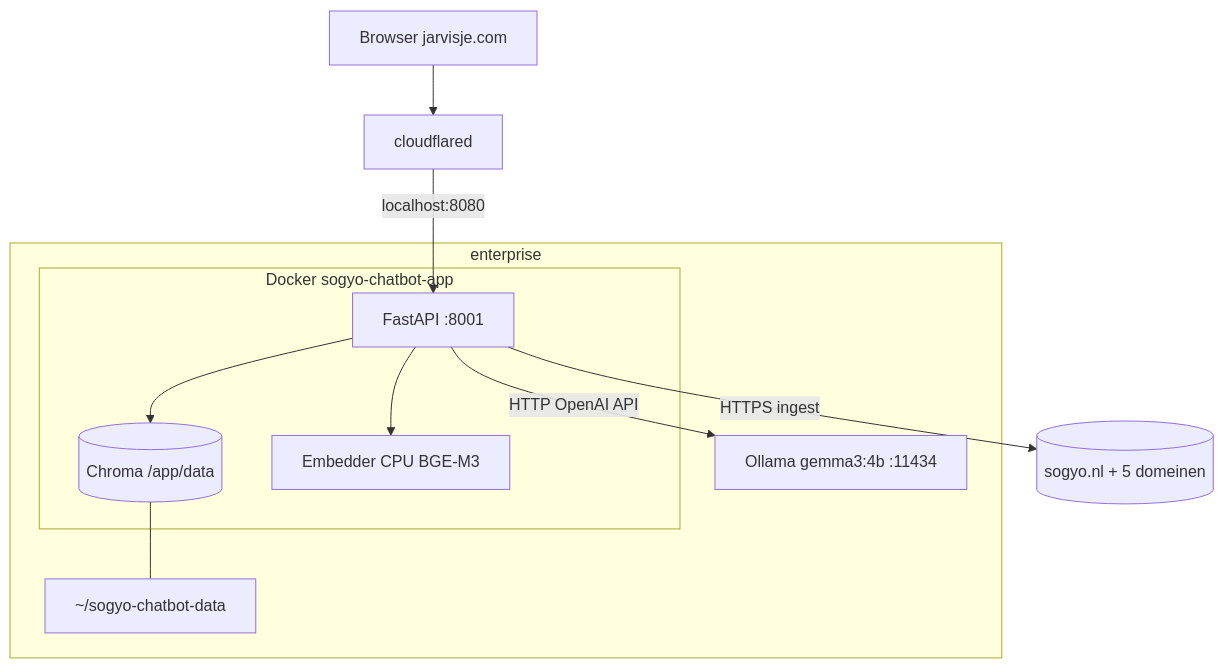
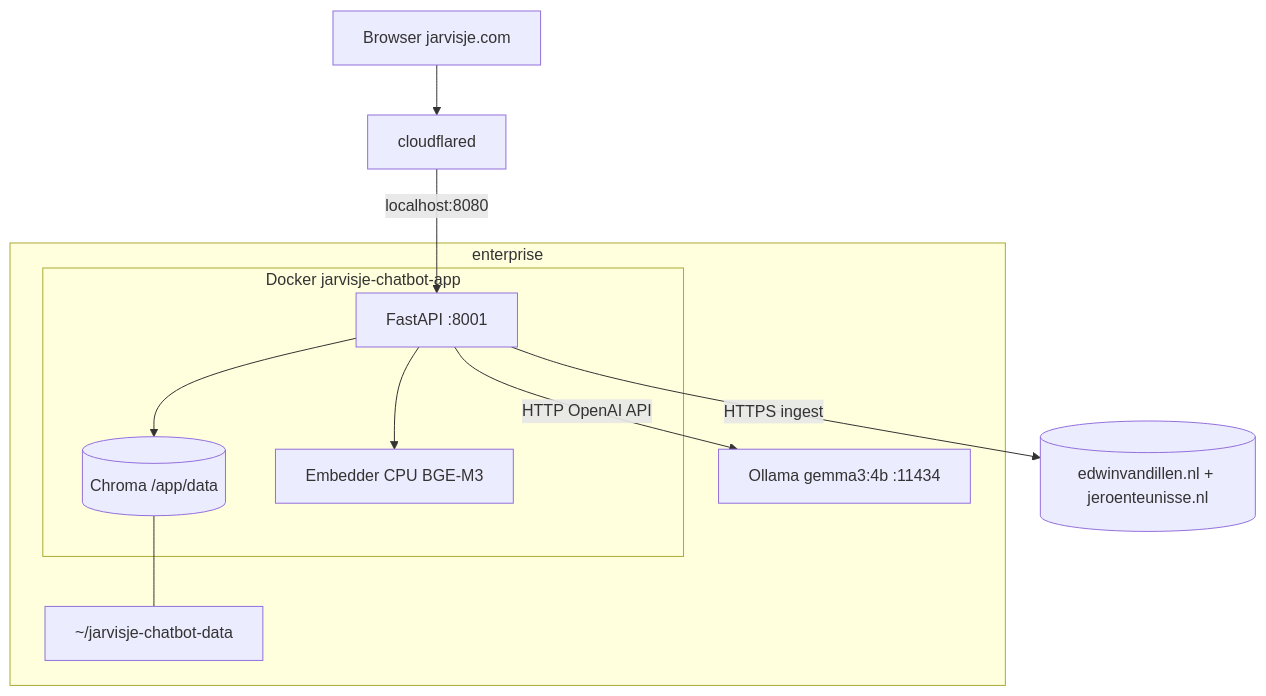
Before and after one commit to HobbyEd/jarvisje: the fourth of 7 diagrams in context-space/projections/technisch-design/technisch-design.md, drawn with Mermaid. The commit also changed other lines of this file and 30 other files, not shown here.

````diff
--- a/context-space/projections/technisch-design/technisch-design.md
+++ b/context-space/projections/technisch-design/technisch-design.md
@@ -421,22 +421,22 @@
 ```mermaid
 flowchart TB
     Browser[Browser jarvisje.com]
     CF[cloudflared]
     subgraph host [enterprise <host>]
-        subgraph appc [Docker sogyo-chatbot-app]
+        subgraph appc [Docker jarvisje-chatbot-app]
             API[FastAPI :8001]
             CHROMA[(Chroma /app/data)]
             EMB[Embedder CPU BGE-M3]
         end
-        VOL[~/sogyo-chatbot-data]
+        VOL[~/jarvisje-chatbot-data]
         OLL[Ollama gemma3:4b :11434]
     end
-    WEBS[(sogyo.nl + 5 domeinen)]
+    WEBS[(edwinvandillen.nl + jeroenteunisse.nl)]
 
     Browser --> CF -->|localhost:8080| API
     API --> CHROMA
     CHROMA --- VOL
     API --> EMB
     API -->|HTTP OpenAI API| OLL
     API -->|HTTPS ingest| WEBS
 ```
````
